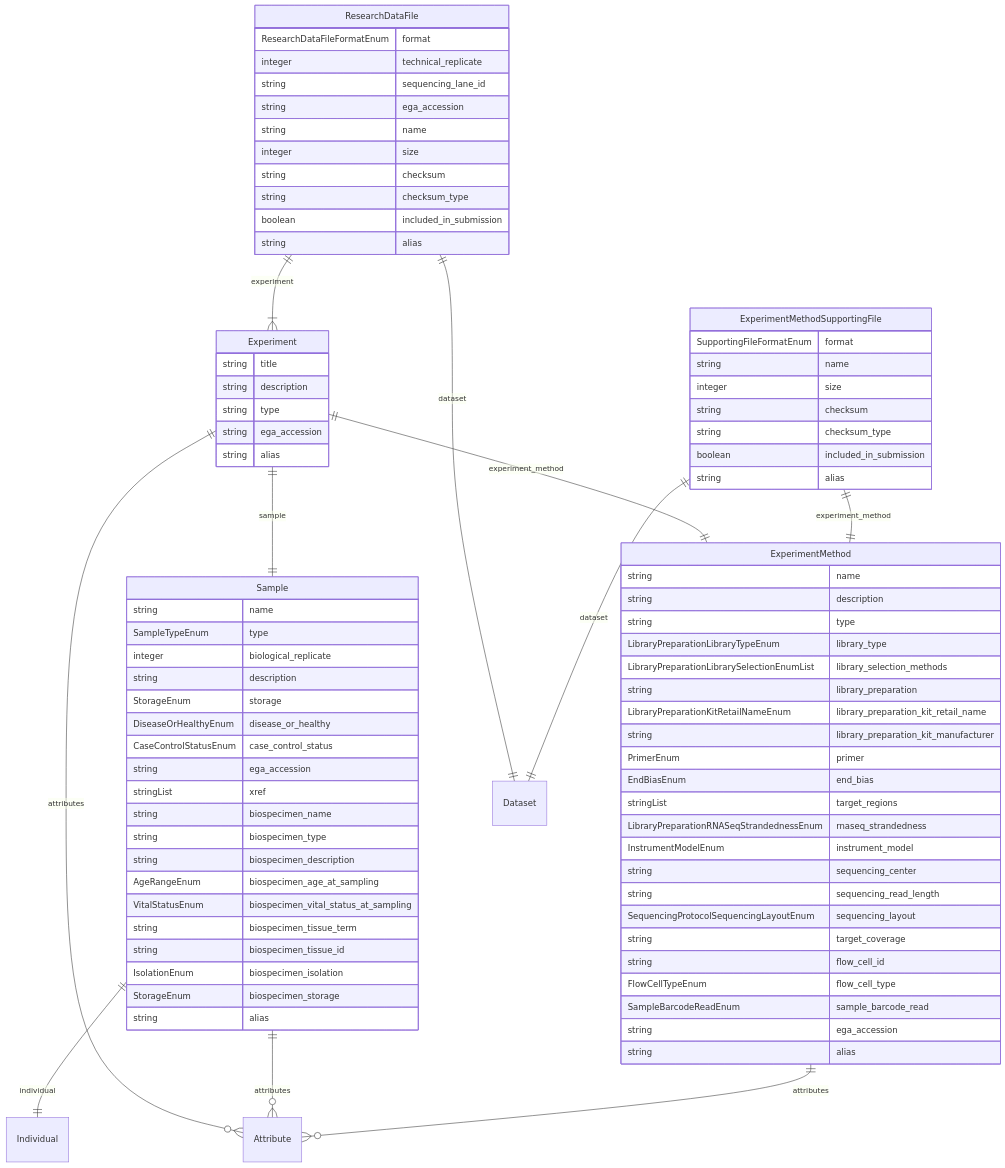
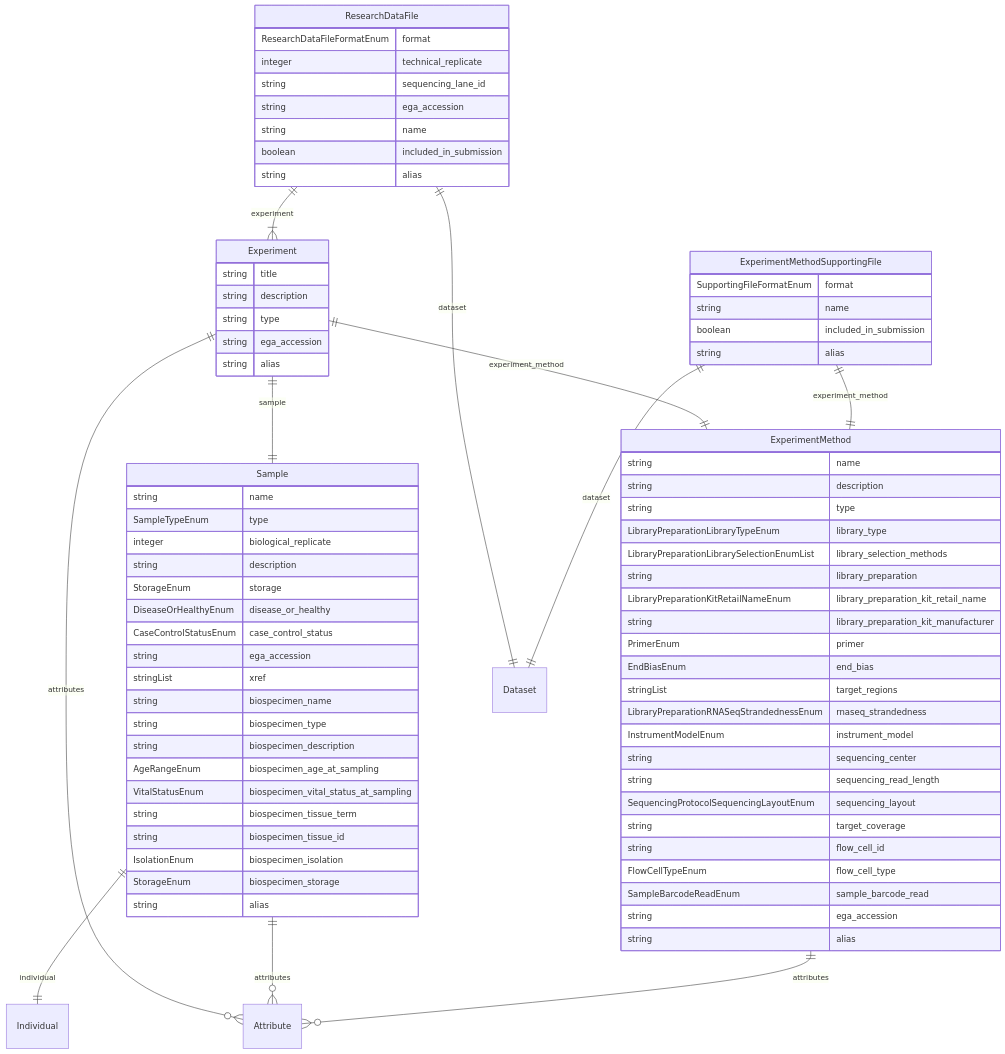
Before and after one commit to ghga-de/ghga-metadata-schema: the fifth of 5 diagrams in docs/entity_relations.md, drawn with Mermaid. The commit also changed 15 other files, not shown here.

Commit message:
delete size, checksum and checksum_type

```diff
--- a/docs/entity_relations.md
+++ b/docs/entity_relations.md
@@ -220,9 +220,6 @@
 ExperimentMethodSupportingFile {
     SupportingFileFormatEnum format  
     string name  
-    integer size  
-    string checksum  
-    string checksum_type  
     boolean included_in_submission  
     string alias  
 }
@@ -256,9 +253,6 @@
     string sequencing_lane_id  
     string ega_accession  
     string name  
-    integer size  
-    string checksum  
-    string checksum_type  
     boolean included_in_submission  
     string alias  
 }
```
